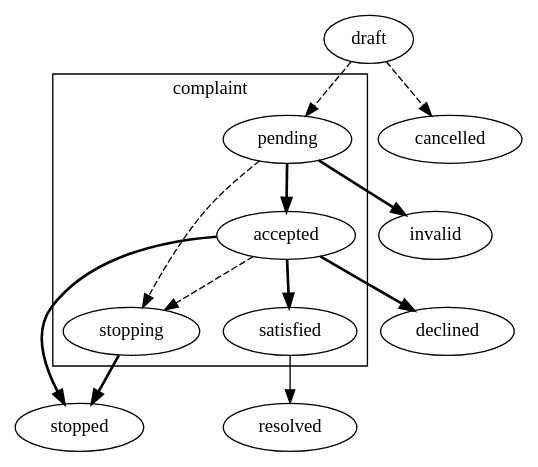
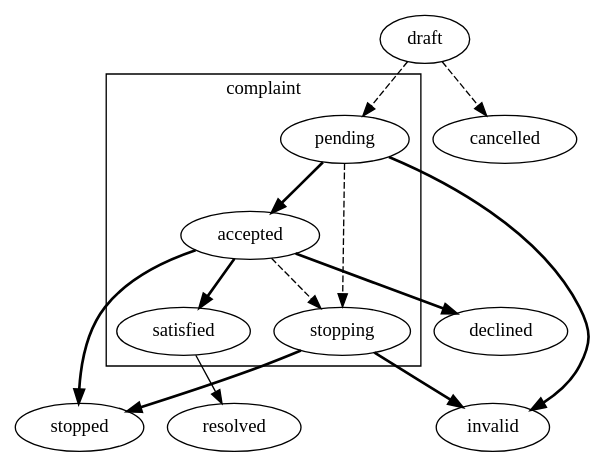
Before and after one commit to ProzorroUKR/openprocurement.api: the second of 2 diagrams in docs/source/complaints.rst, drawn with Graphviz. The commit also changed other lines of this file and 1 other file, not shown here.

Commit message:
Added stopping2invalid

```diff
--- a/docs/source/complaints.rst
+++ b/docs/source/complaints.rst
@@ -53,16 +53,16 @@
 .. graphviz::
 
     digraph G {
         subgraph cluster_complaint {
             label = "complaint";
             pending; accepted; stopping; satisfied;
         }
         satisfied -> resolved;
         edge[style=dashed];
         draft -> {pending,cancelled}; 
         {pending,accepted} -> stopping;
         edge[style=bold];
         pending -> {accepted,invalid};
-        stopping -> stopped;
+        stopping -> {stopped,invalid};
         accepted -> {declined,satisfied,stopped};
     }
```
